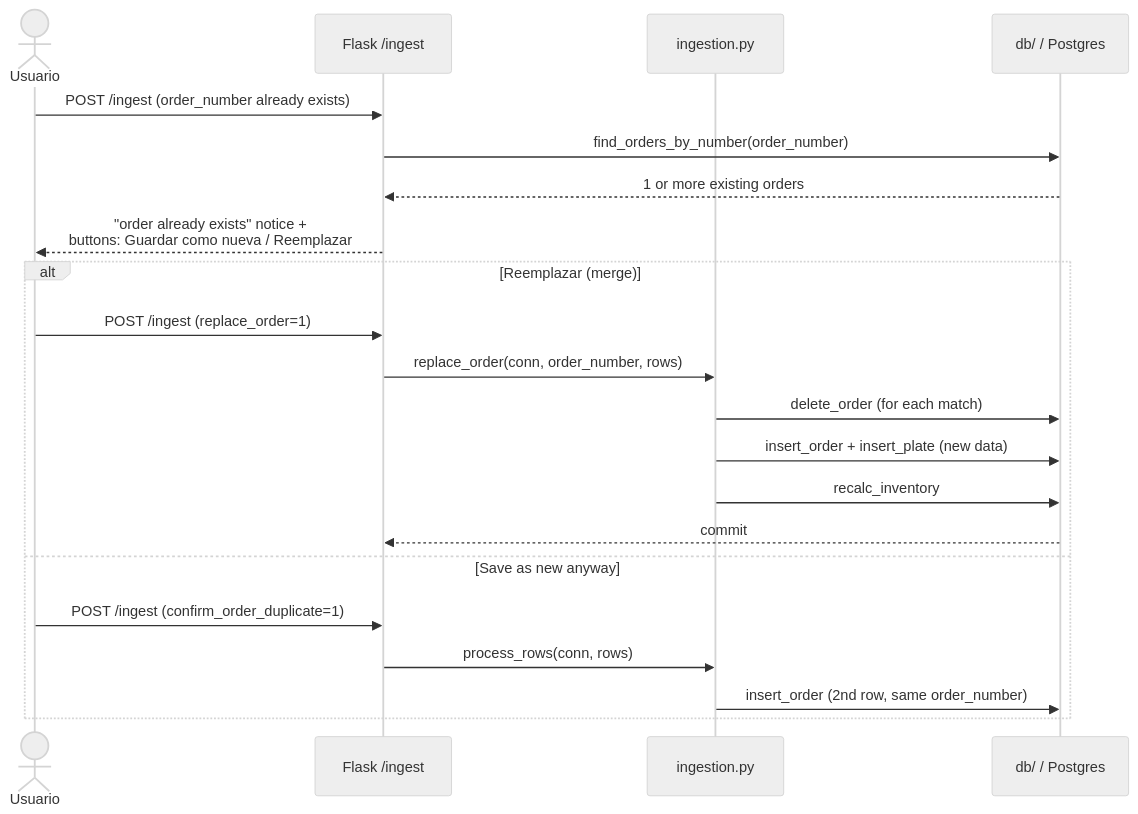
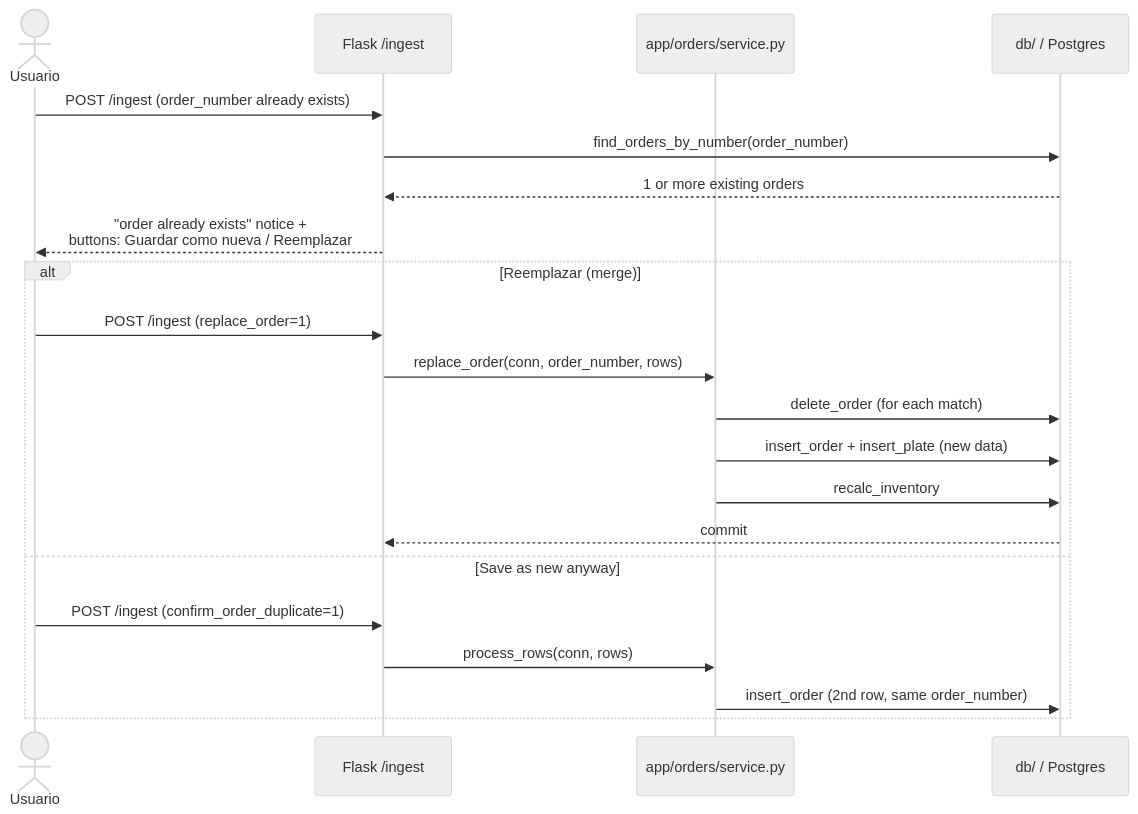
Before and after one commit to nickkmm/plates: the second of 2 diagrams in docs/WEB.md, drawn with Mermaid (neutral theme). The commit also changed other lines of this file and 8 other files, not shown here.

````diff
--- a/docs/WEB.md
+++ b/docs/WEB.md
@@ -369,24 +374,24 @@
 ```mermaid
 sequenceDiagram
     actor U as Usuario
     participant I as Flask /ingest
-    participant I2 as ingestion.py
+    participant I2 as app/orders/service.py
     participant DB as db/ / Postgres
 
     U->>I: POST /ingest (order_number already exists)
     I->>DB: find_orders_by_number(order_number)
     DB-->>I: 1 or more existing orders
     I-->>U: "order already exists" notice +<br/>buttons: Guardar como nueva / Reemplazar
     alt Reemplazar (merge)
         U->>I: POST /ingest (replace_order=1)
         I->>I2: replace_order(conn, order_number, rows)
         I2->>DB: delete_order (for each match)
         I2->>DB: insert_order + insert_plate (new data)
         I2->>DB: recalc_inventory
         DB-->>I: commit
     else Save as new anyway
         U->>I: POST /ingest (confirm_order_duplicate=1)
         I->>I2: process_rows(conn, rows)
         I2->>DB: insert_order (2nd row, same order_number)
     end
 ```
````
